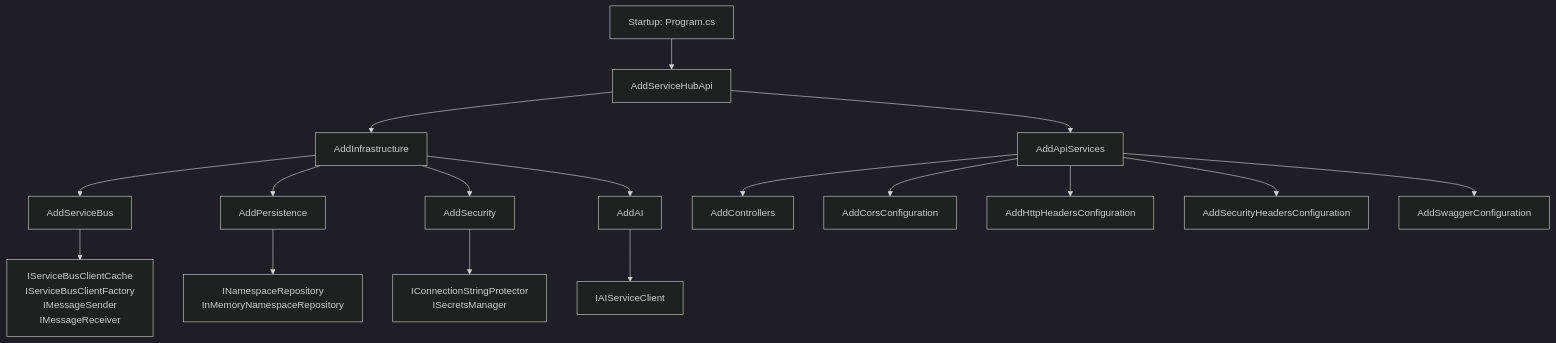
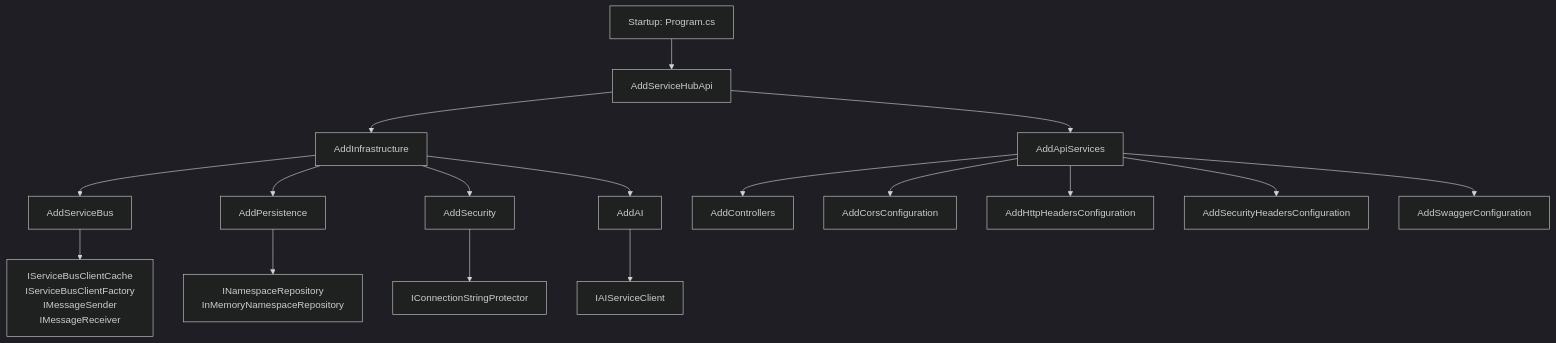
Before and after one commit to debdevops/servicehub: the second of 8 diagrams in services/api/IMPLEMENTATION_PATTERNS.md, drawn with Mermaid (dark theme). The commit also changed other lines of this file and 1 other file, not shown here.

````diff
--- a/services/api/IMPLEMENTATION_PATTERNS.md
+++ b/services/api/IMPLEMENTATION_PATTERNS.md
@@ -124,25 +124,25 @@
 ```mermaid
 graph TD
     A["Startup: Program.cs"] --> B["AddServiceHubApi"]
     B --> C["AddInfrastructure"]
     B --> D["AddApiServices"]
     
     C --> E["AddServiceBus"]
     C --> F["AddPersistence"]
     C --> G["AddSecurity"]
     C --> H["AddAI"]
     
     D --> I["AddControllers"]
     D --> J["AddCorsConfiguration"]
     D --> K["AddHttpHeadersConfiguration"]
     D --> L["AddSecurityHeadersConfiguration"]
     D --> M["AddSwaggerConfiguration"]
     
     E --> N["IServiceBusClientCache<br/>IServiceBusClientFactory<br/>IMessageSender<br/>IMessageReceiver"]
     
     F --> O["INamespaceRepository<br/>InMemoryNamespaceRepository"]
     
-    G --> P["IConnectionStringProtector<br/>ISecretsManager"]
+    G --> P["IConnectionStringProtector"]
     
     H --> Q["IAIServiceClient"]
 ```
````
